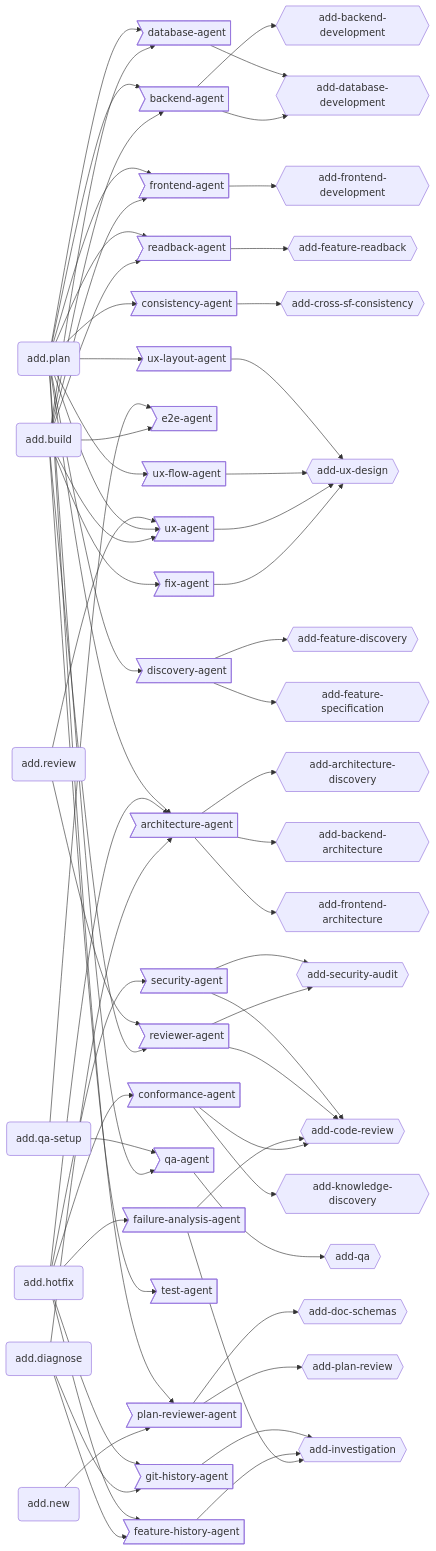
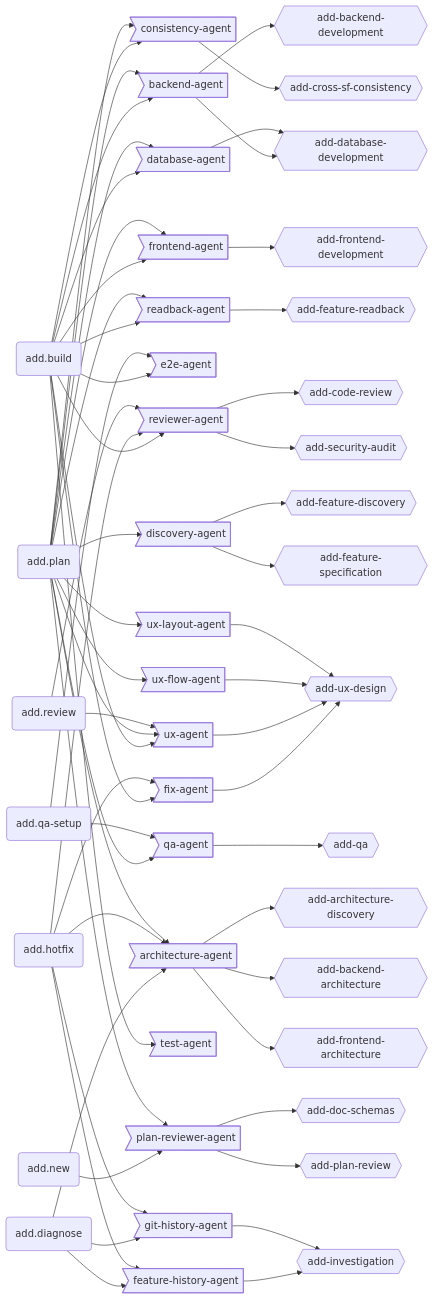
One commit to brabos-ai/code-addiction changed the third of 3 diagrams in ecosystem.md. Above: the diagram before and after it, drawn with Mermaid. The commit also changed 2 other files, not shown here.

Commit message:
docs: sync ecosystem docs with hotfix-diagnosis and final-review deliveries
Runs /add-framework--sync since v1.2.0 — reflects add.hotfix's new agent
dispatch (reviewer-agent, fix-agent instead of security/conformance/failure-
analysis-agent), the automatic flow's build-only final review, and the
diagnose-backed hotfix route.

````diff
--- a/ecosystem.md
+++ b/ecosystem.md
@@ -92,79 +92,72 @@
 ```mermaid
 graph LR
   BUILD(add.build)
   DIAGNOSE(add.diagnose)
   HOTFIX(add.hotfix)
   NEW(add.new)
   PLAN(add.plan)
   QASETUP(add.qa-setup)
   REVIEW(add.review)
 
   ARA>architecture-agent]
   BAA>backend-agent]
-  COA>conformance-agent]
   CSA>consistency-agent]
   DAA>database-agent]
   DIA>discovery-agent]
   E2A>e2e-agent]
-  FAA>failure-analysis-agent]
   FEHIA>feature-history-agent]
   FIA>fix-agent]
   FRA>frontend-agent]
   GIHIA>git-history-agent]
   PRA>plan-reviewer-agent]
   QAA>qa-agent]
   REA>reviewer-agent]
   RBA>readback-agent]
-  SEA>security-agent]
   TEA>test-agent]
   UXA>ux-agent]
   UXFLA>ux-flow-agent]
   UXLAA>ux-layout-agent]
 
   ARDI{{add-architecture-discovery}}
   BAAR{{add-backend-architecture}}
   BADE{{add-backend-development}}
   CORE{{add-code-review}}
   CSC{{add-cross-sf-consistency}}
   DADE{{add-database-development}}
   DOSC{{add-doc-schemas}}
   FEDI{{add-feature-discovery}}
   FERB{{add-feature-readback}}
   FESP{{add-feature-specification}}
   FRAR{{add-frontend-architecture}}
   FRDE{{add-frontend-development}}
   IN{{add-investigation}}
-  KNDI{{add-knowledge-discovery}}
   PRV{{add-plan-review}}
   QA{{add-qa}}
   SEAU{{add-security-audit}}
   UXDE{{add-ux-design}}
 
-  BUILD --> BAA & DAA & E2A & FIA & FRA & RBA & REA & TEA & UXA
+  BUILD --> BAA & CSA & DAA & E2A & FIA & FRA & RBA & REA & TEA & UXA
   DIAGNOSE --> ARA & FEHIA & GIHIA
-  HOTFIX --> ARA & COA & FAA & FEHIA & GIHIA & SEA
+  HOTFIX --> ARA & FEHIA & FIA & GIHIA & REA
   NEW --> PRA
   PLAN --> ARA & BAA & CSA & DAA & DIA & FRA & PRA & QAA & RBA & UXA & UXFLA & UXLAA
   QASETUP --> E2A & QAA
   REVIEW --> REA & UXA
 
   ARA --> ARDI & BAAR & FRAR
   BAA --> BADE & DADE
-  COA --> CORE & KNDI
   CSA --> CSC
   DAA --> DADE
   DIA --> FEDI & FESP
-  FAA --> CORE & IN
   FEHIA --> IN
   FIA --> UXDE
   FRA --> FRDE
   GIHIA --> IN
   PRA --> DOSC & PRV
   QAA --> QA
   REA --> CORE & SEAU
   RBA --> FERB
-  SEA --> CORE & SEAU
   UXA --> UXDE
   UXFLA --> UXDE
   UXLAA --> UXDE
 ```
````
